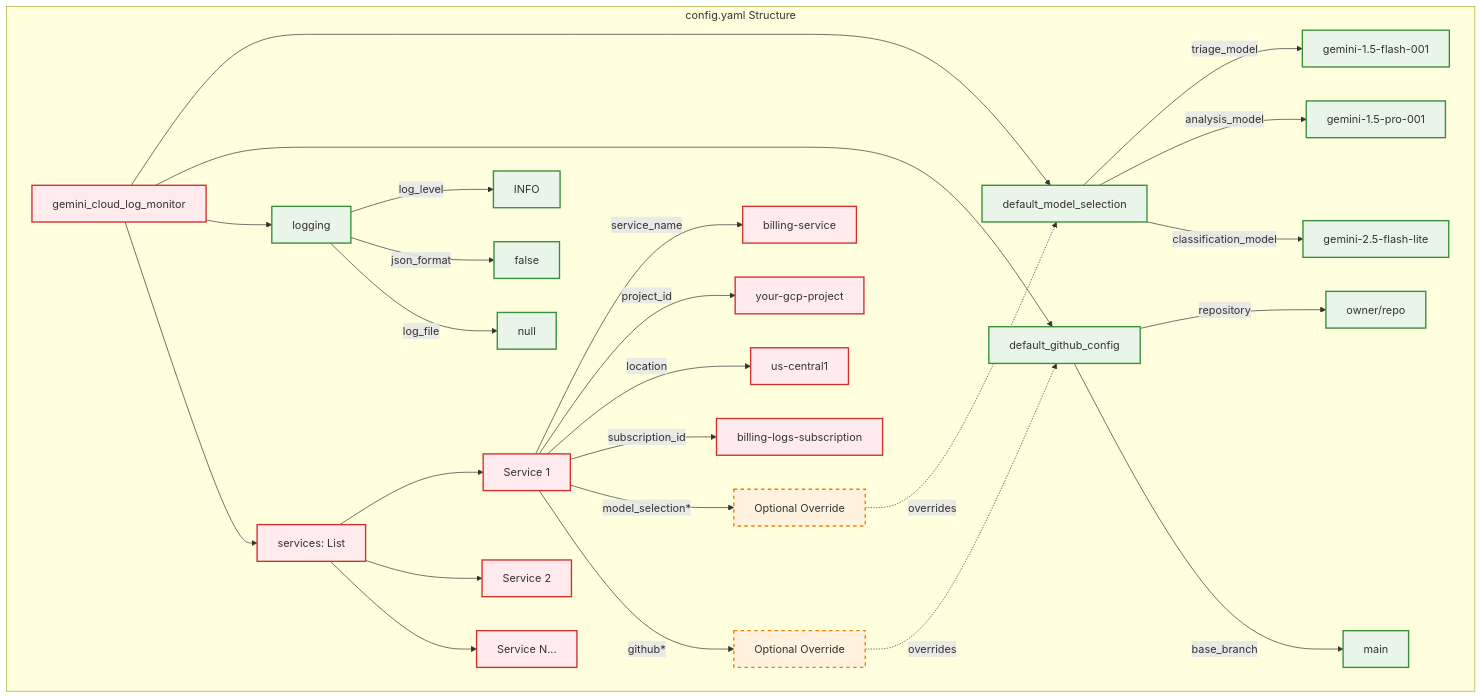
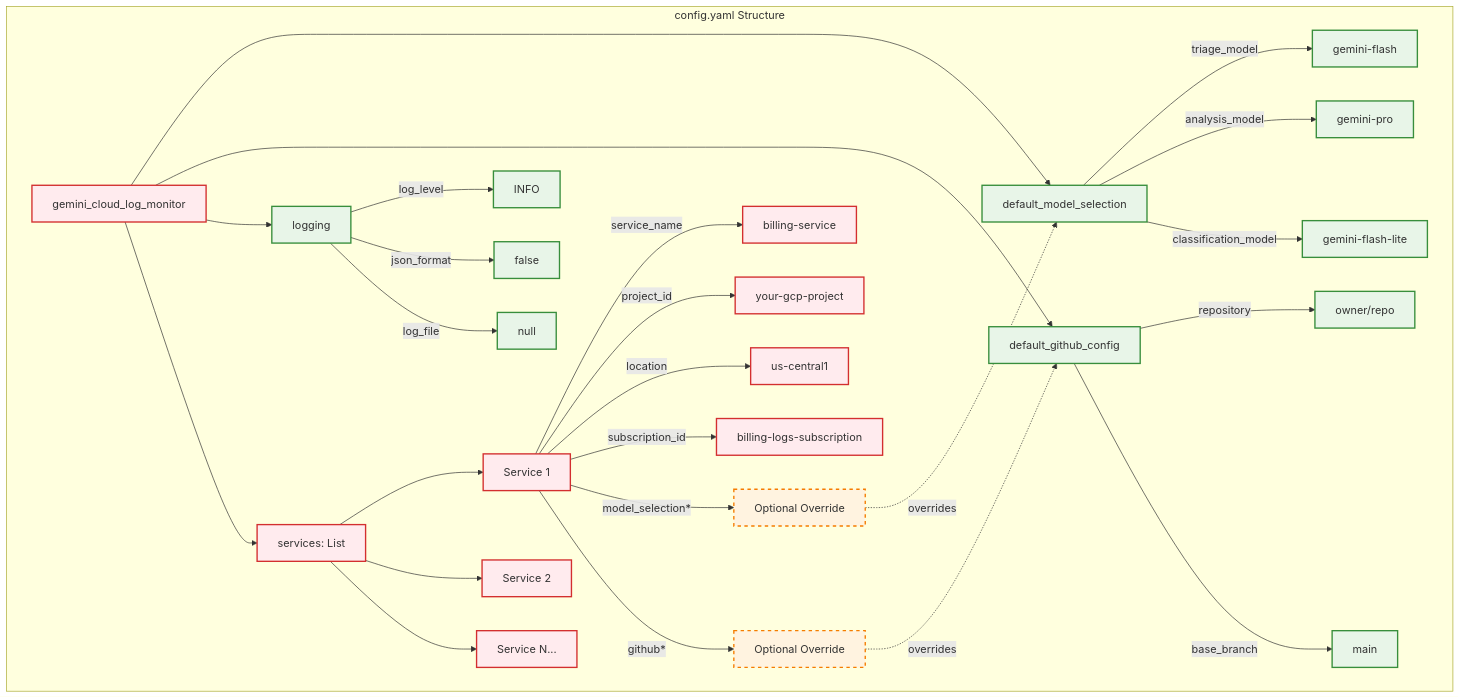
Before and after one commit to khael-kun-cmd/gemini-sre-agent: the diagram in docs/CONFIGURATION.md, drawn with Mermaid. The commit also changed other lines of this file and 3 other files, not shown here.

````diff
--- a/docs/CONFIGURATION.md
+++ b/docs/CONFIGURATION.md
@@ -9,43 +9,43 @@
 ```mermaid
 graph TD
     subgraph "config.yaml Structure"
         ROOT[gemini_cloud_log_monitor]
         
         ROOT --> DMS[default_model_selection]
-        DMS --> |triage_model| TM[gemini-1.5-flash-001]
-        DMS --> |analysis_model| AM[gemini-1.5-pro-001]
-        DMS --> |classification_model| CM[gemini-2.5-flash-lite]
+        DMS --> |triage_model| TM[gemini-flash]
+        DMS --> |analysis_model| AM[gemini-pro]
+        DMS --> |classification_model| CM[gemini-flash-lite]
         
         ROOT --> DGC[default_github_config]
         DGC --> |repository| REPO[owner/repo]
         DGC --> |base_branch| BRANCH[main]
         
         ROOT --> LOG[logging]
         LOG --> |log_level| LL[INFO]
         LOG --> |json_format| JF[false]
         LOG --> |log_file| LF[null]
         
         ROOT --> SERVICES[services: List]
         SERVICES --> S1[Service 1]
         SERVICES --> S2[Service 2]
         SERVICES --> S3[Service N...]
         
         S1 --> |service_name| SN1[billing-service]
         S1 --> |project_id| PI1[your-gcp-project]
         S1 --> |location| LOC1[us-central1]
         S1 --> |subscription_id| SUB1[billing-logs-subscription]
         S1 --> |model_selection*| MS1[Optional Override]
         S1 --> |github*| GH1[Optional Override]
         
         MS1 -.-> |overrides| DMS
         GH1 -.-> |overrides| DGC
     end
     
     classDef required fill:#ffebee,stroke:#d32f2f,stroke-width:2px
     classDef optional fill:#e8f5e8,stroke:#388e3c,stroke-width:2px
     classDef override fill:#fff3e0,stroke:#f57c00,stroke-width:2px,stroke-dasharray: 5 5
     
     class ROOT,SERVICES,S1,S2,S3,SN1,PI1,LOC1,SUB1 required
     class DMS,DGC,LOG,TM,AM,CM,REPO,BRANCH,LL,JF,LF optional
     class MS1,GH1 override
 ```
````
